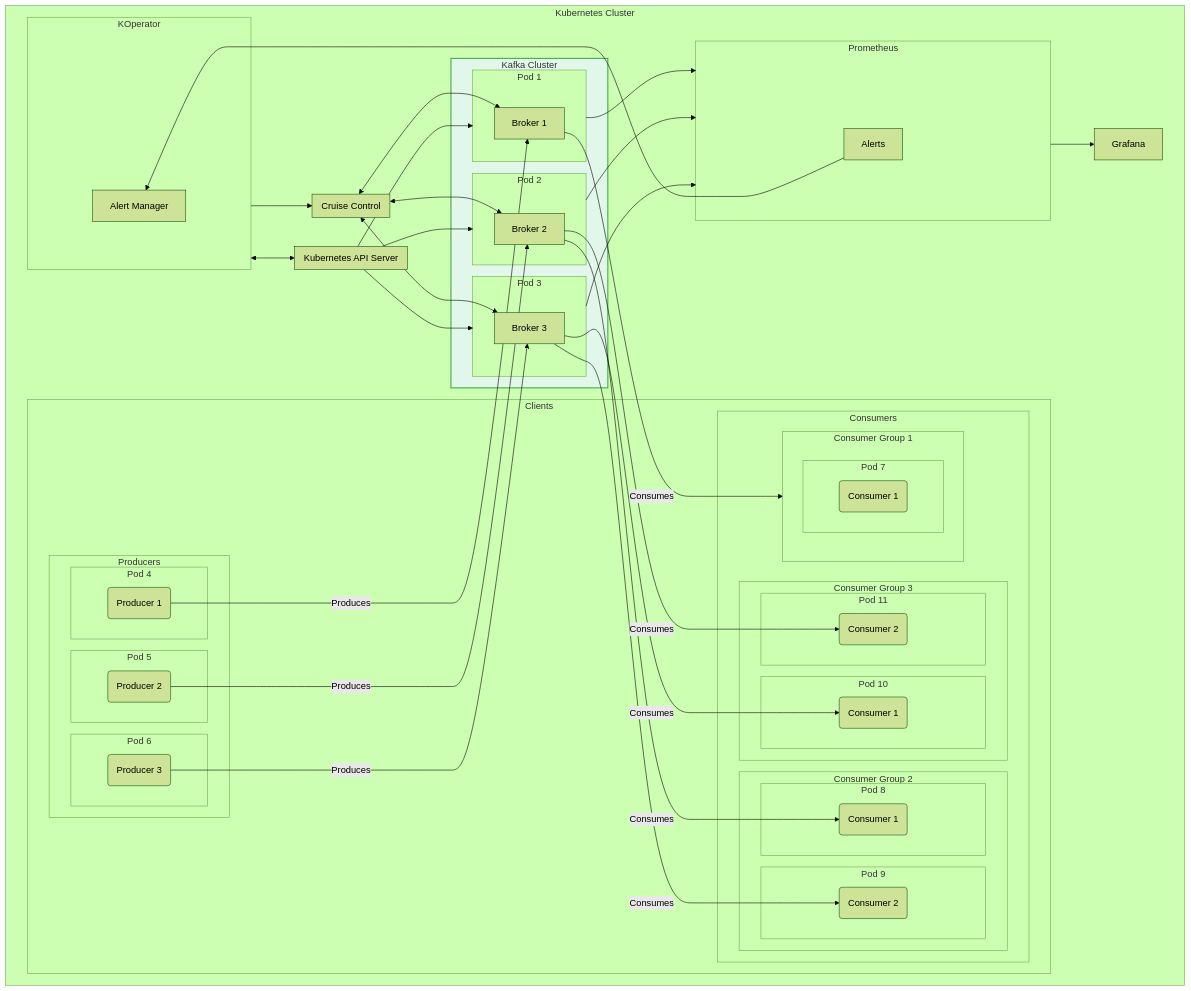
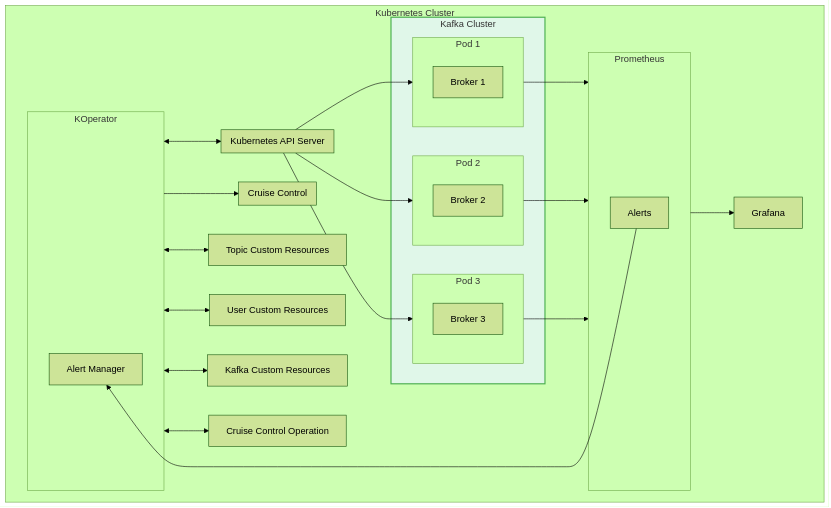
One commit to alizadina/mediumish changed the sixth of 6 diagrams in _posts/2024-08-02-kafka-on-kubernetes.md. Above: the diagram before and after it, drawn with Mermaid (forest theme). The commit also changed other lines of this file and 2 other files, not shown here.

```diff
--- a/_posts/2024-08-02-kafka-on-kubernetes.md
+++ b/_posts/2024-08-02-kafka-on-kubernetes.md
@@ -475,52 +415,6 @@
 <div class="mermaid">
 flowchart TD
 
- subgraph PRODUCERS["Producers"]
-    subgraph PP1P1["Pod 4"]
-        P1("Producer 1")
-     end  
-    subgraph PP2P2["Pod 5"]
-        P2("Producer 2")
-     end
-    subgraph PP3P3["Pod 6"]
-        P3("Producer 3")
-     end 
-  end
-
- subgraph CG1["Consumer Group 1"]
-    subgraph CP1C1["Pod 7"]
-        C1("Consumer 1")
-     end 
-        
-  end
- subgraph CG2["Consumer Group 2"]
-    subgraph CGP1C1["Pod 8"]
-        C2("Consumer 1")
-     end
-    subgraph CGP1C2["Pod 9"]
-        C3("Consumer 2")
-      end
-  end
- subgraph CG3["Consumer Group 3"]
-    subgraph CGP3C1["Pod 10"]
-        C4("Consumer 1")
-     end
-    subgraph CGP3C2["Pod 11"]
-        C5("Consumer 2")
-      end
-  end
-
-subgraph CONSUMERS["Consumers"]
-    CG1
-    CG2
-    CG3
- end
-
-subgraph CLS["Clients"]
-    PRODUCERS
-    CONSUMERS
-end
- 
  subgraph K1["Kafka Cluster"]
     subgraph P1B1["Pod 1"]
         B1["Broker 1"]
@@ -550,27 +444,15 @@
  KO
  KAS
  CC
- CLS
  K1
  PS
  G
+ TCR
+ UCR
+ KCR
+ CCO
  end
 
-    CC <--> B1
-    CC <--> B2
-    CC <--> B3
-
-    P1 -- Produces ---> B1
-    P2 -- Produces ---> B2
-    P3 -- Produces ---> B3
-    
-    B1 -- Consumes --> CG1
-    
-    B2 -- Consumes --> C2
-    B3 -- Consumes --> C3
-
-    B2 -- Consumes --> C5
-    B3 -- Consumes --> C4
 
     KAS --> P1B1
     KAS --> P2B2
@@ -585,6 +467,11 @@
     KO <--> KAS
     KO --> CC
 
+    KO <--> TCR["Topic Custom Resources"]
+    KO <--> UCR["User Custom Resources"]
+    KO <--> KCR["Kafka Custom Resources"]
+    KO <--> CCO["Cruise Control Operation"]
+
     %% Styling
     classDef kafkaStyle fill:#e0f7e9,stroke:#4caf50,stroke-width:2px;
     class K1,K2 kafkaStyle;
```
